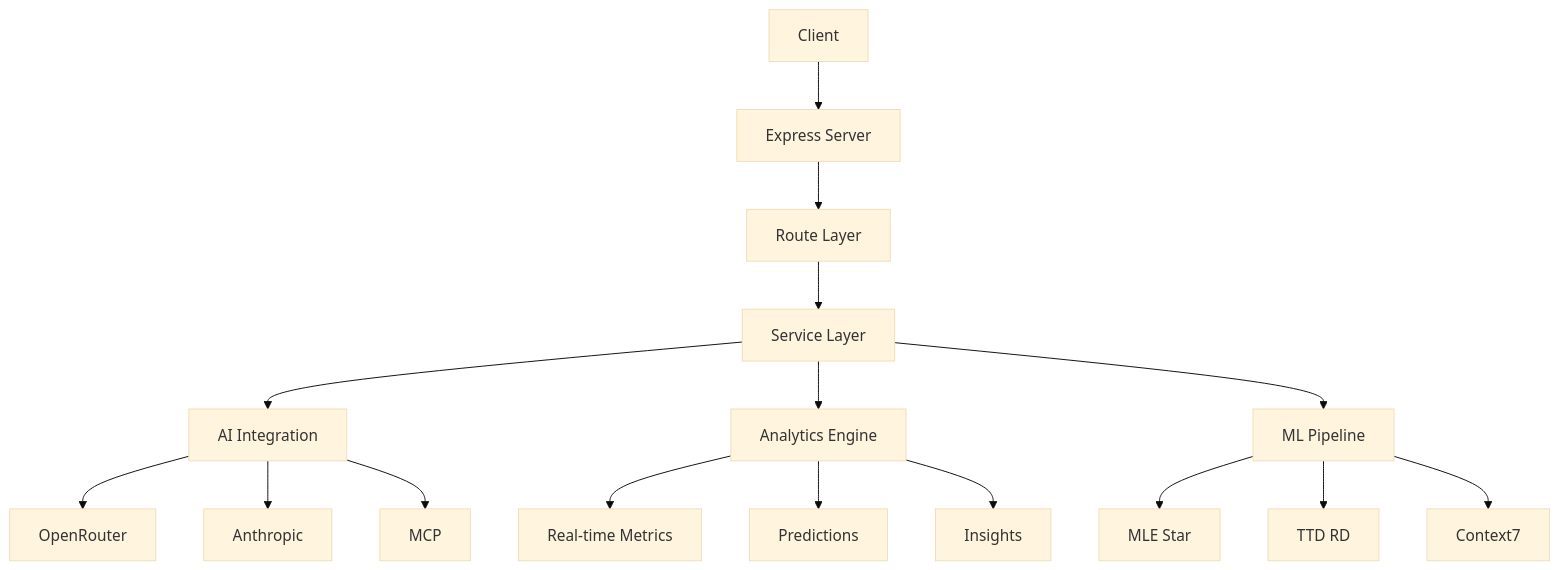
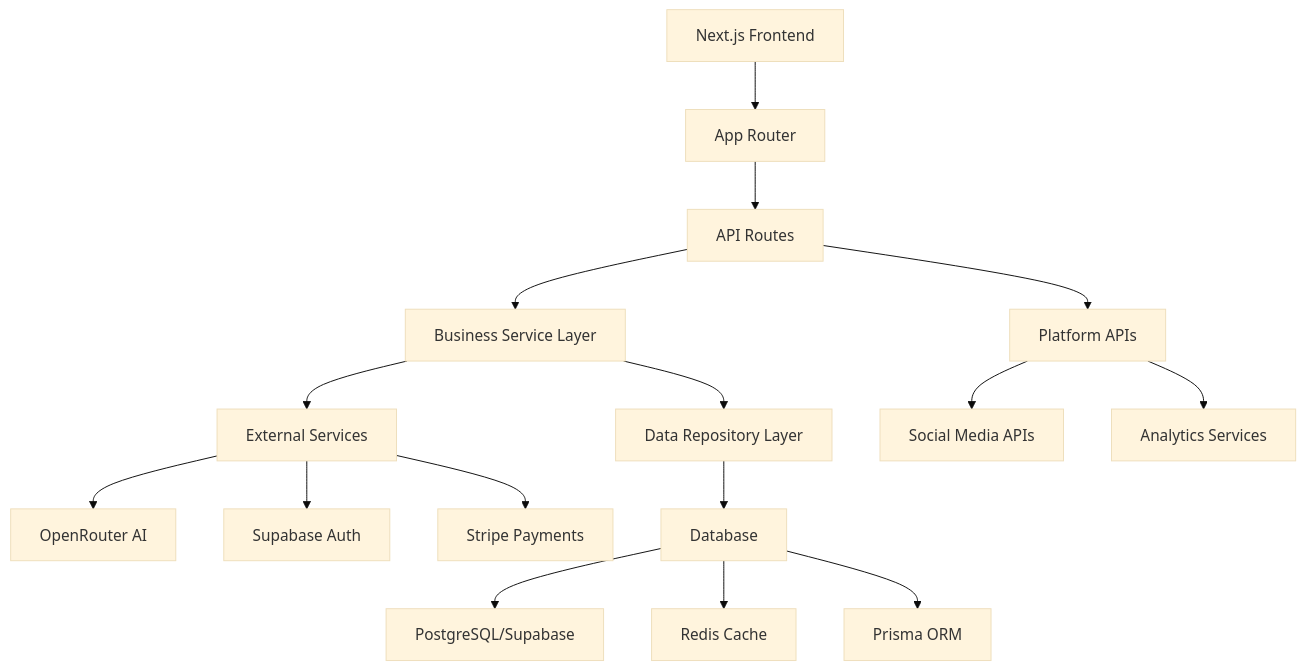
The diagram in README.md (CleanExpo/Synthex), drawn with Mermaid (base theme) before and after one commit. The commit also changed other lines of this file and 45 other files, not shown here.

````diff
--- a/README.md
+++ b/README.md
@@ -294,21 +227,21 @@
 ```mermaid
 graph TB
-    A[Client] --> B[Express Server]
-    B --> C[Route Layer]
-    C --> D[Service Layer]
-    D --> E[AI Integration]
-    D --> F[Analytics Engine]
-    D --> G[ML Pipeline]
+    A[Next.js Frontend] --> B[App Router]
+    B --> C[API Routes]
+    C --> D[Business Service Layer]
+    D --> E[Data Repository Layer]
     
-    E --> E1[OpenRouter]
-    E --> E2[Anthropic]
-    E --> E3[MCP]
+    D --> F[External Services]
+    F --> F1[OpenRouter AI]
+    F --> F2[Supabase Auth]
+    F --> F3[Stripe Payments]
     
-    F --> F1[Real-time Metrics]
-    F --> F2[Predictions]
-    F --> F3[Insights]
+    E --> G[Database]
+    G --> G1[PostgreSQL/Supabase]
+    G --> G2[Redis Cache]
+    G --> G3[Prisma ORM]
     
-    G --> G1[MLE Star]
-    G --> G2[TTD RD]
-    G --> G3[Context7]
+    C --> H[Platform APIs]
+    H --> H1[Social Media APIs]
+    H --> H2[Analytics Services]
 ```
````
